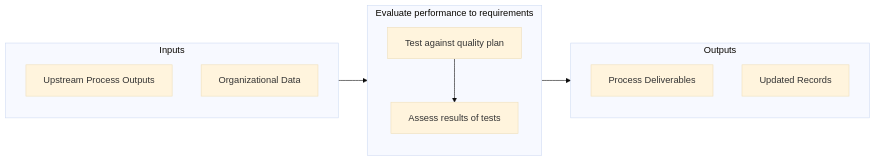
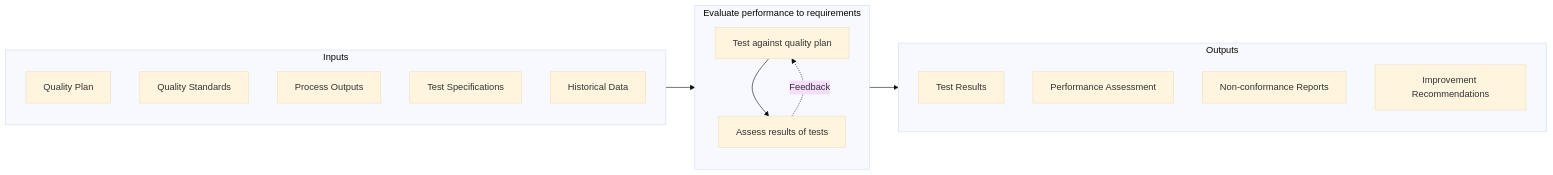
The second of 2 diagrams in processes/13-Capabilities/13.3-ManageEnterpriseQuality/13.3.2-EvaluatePerformanceRequirements/index.mdx (kziemski/business.org.ai), drawn with Mermaid (base theme) before and after one commit. The commit also changed other lines of this file and 885 other files, not shown here.

````diff
--- a/processes/13-Capabilities/13.3-ManageEnterpriseQuality/13.3.2-EvaluatePerformanceRequirements/index.mdx
+++ b/processes/13-Capabilities/13.3-ManageEnterpriseQuality/13.3.2-EvaluatePerformanceRequirements/index.mdx
@@ -62,20 +64,26 @@
 ```mermaid
 flowchart LR
     subgraph Inputs["Inputs"]
-        I1["Upstream Process Outputs"]
-        I2["Organizational Data"]
+        I1["Quality Plan"]
+        I2["Quality Standards"]
+        I3["Process Outputs"]
+        I4["Test Specifications"]
+        I5["Historical Data"]
     end
 
     subgraph Process["Evaluate performance to requirements"]
         S1["Test against quality plan"]
         S2["Assess results of tests"]
     end
 
     subgraph Outputs["Outputs"]
-        O1["Process Deliverables"]
-        O2["Updated Records"]
+        O1["Test Results"]
+        O2["Performance Assessment"]
+        O3["Non-conformance Reports"]
+        O4["Improvement Recommendations"]
     end
 
     Inputs --> Process --> Outputs
     S1 --> S2
+    S2 -.->|Feedback| S1
 ```
````
